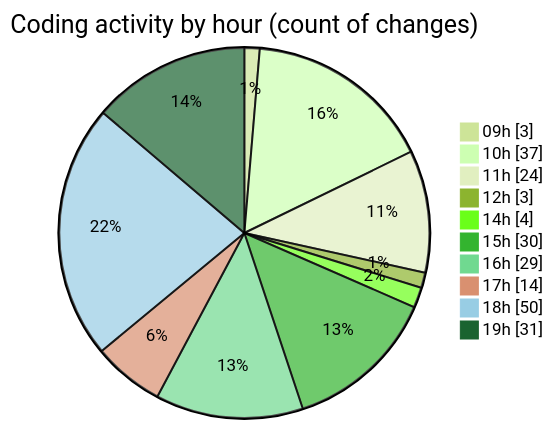
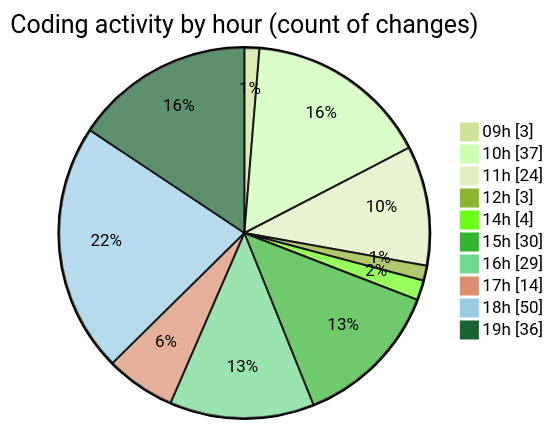
Before and after one commit to CELIANVF/code-tracking: the second of 2 diagrams in 2025-05-02/ecodeli/README.md, drawn with Mermaid (forest theme). The commit also changed other lines of this file and 1 other file, not shown here.

````diff
--- a/2025-05-02/ecodeli/README.md
+++ b/2025-05-02/ecodeli/README.md
@@ -103,14 +104,14 @@
 ```mermaid
 pie showData
 title Coding activity by hour (count of changes)
 "09h" : 3
 "10h" : 37
 "11h" : 24
 "12h" : 3
 "14h" : 4
 "15h" : 30
 "16h" : 29
 "17h" : 14
 "18h" : 50
-"19h" : 31
+"19h" : 36
 ```
````
